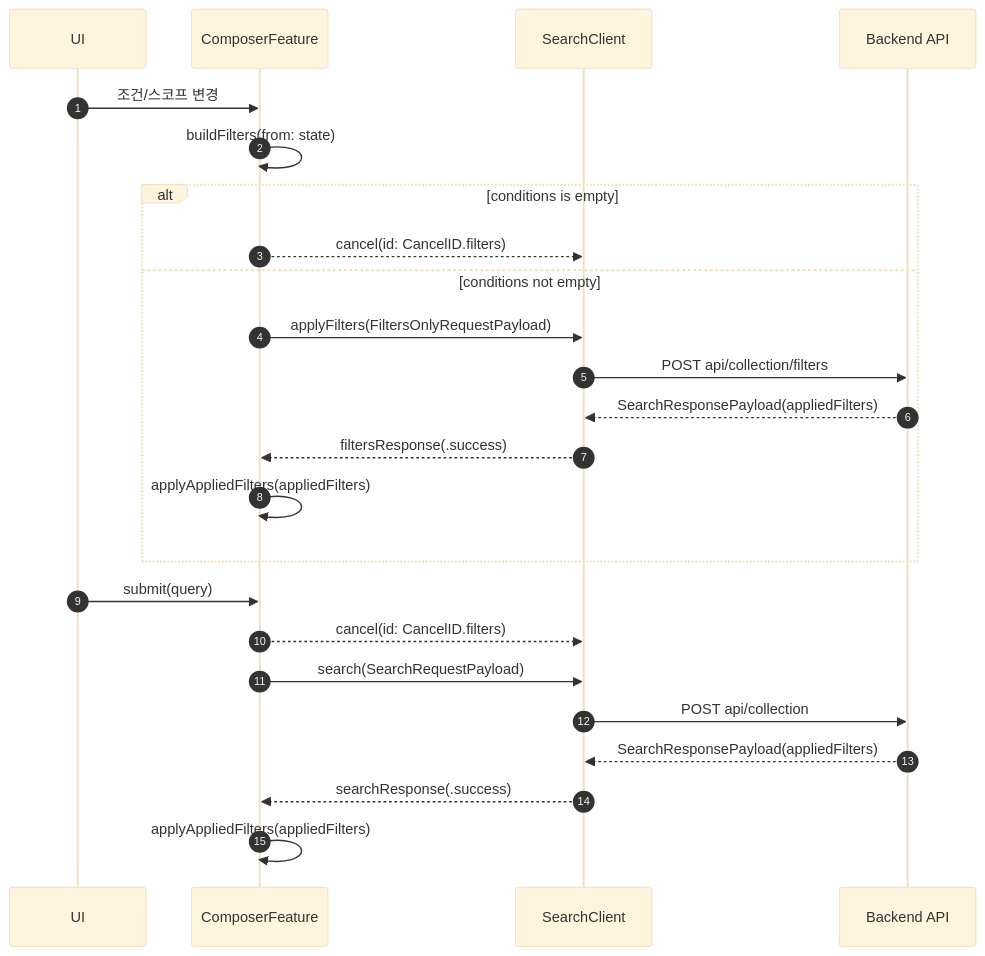
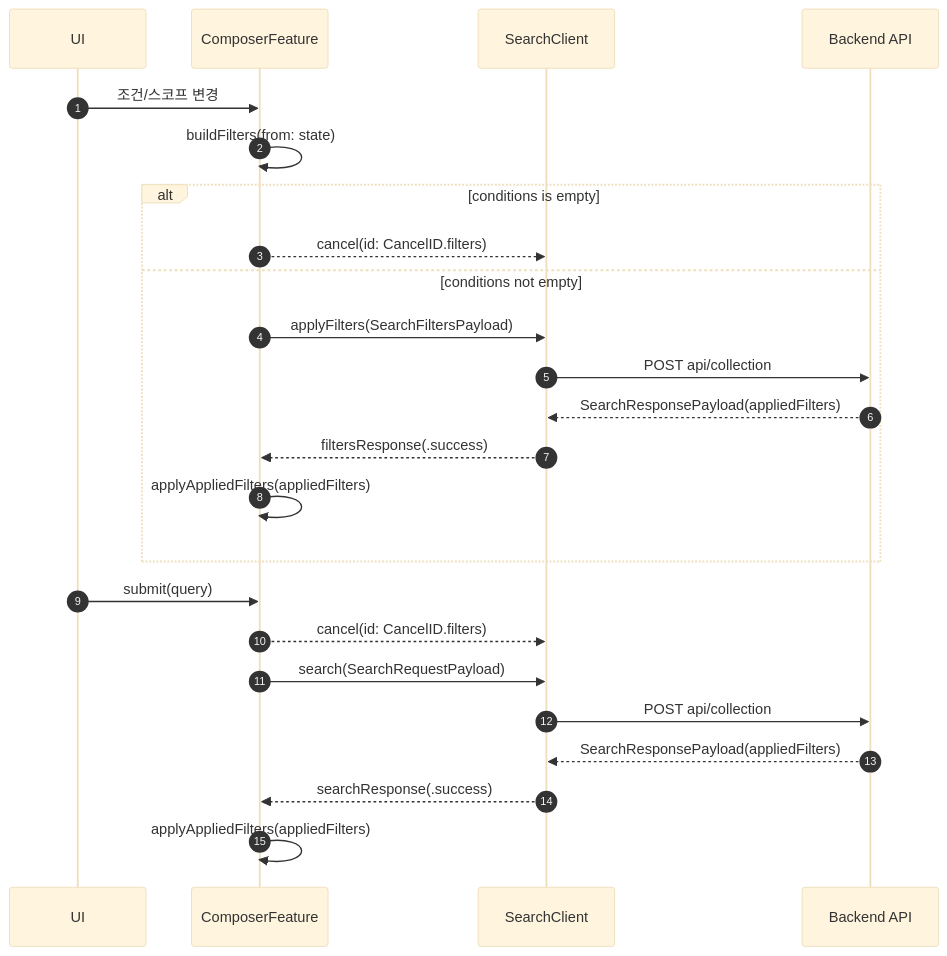
The diagram in docs/features/composer.md (voyager-labs/VoyagerSwiftACP), drawn with Mermaid (base theme) before and after one commit. The commit also changed other lines of this file and 12 other files, not shown here.

````diff
--- a/docs/features/composer.md
+++ b/docs/features/composer.md
@@ -95,28 +95,28 @@
 ```mermaid
 sequenceDiagram
   autonumber
   participant UI as UI
   participant Composer as ComposerFeature
   participant Client as SearchClient
   participant API as Backend API
 
   UI->>Composer: 조건/스코프 변경
   Composer->>Composer: buildFilters(from: state)
   alt conditions is empty
     Composer-->>Client: cancel(id: CancelID.filters)
   else conditions not empty
-    Composer->>Client: applyFilters(FiltersOnlyRequestPayload)
-    Client->>API: POST api/collection/filters
+    Composer->>Client: applyFilters(SearchFiltersPayload)
+    Client->>API: POST api/collection
     API-->>Client: SearchResponsePayload(appliedFilters)
     Client-->>Composer: filtersResponse(.success)
     Composer->>Composer: applyAppliedFilters(appliedFilters)
   end
 
   UI->>Composer: submit(query)
   Composer-->>Client: cancel(id: CancelID.filters)
   Composer->>Client: search(SearchRequestPayload)
   Client->>API: POST api/collection
   API-->>Client: SearchResponsePayload(appliedFilters)
   Client-->>Composer: searchResponse(.success)
   Composer->>Composer: applyAppliedFilters(appliedFilters)
 ```
````
